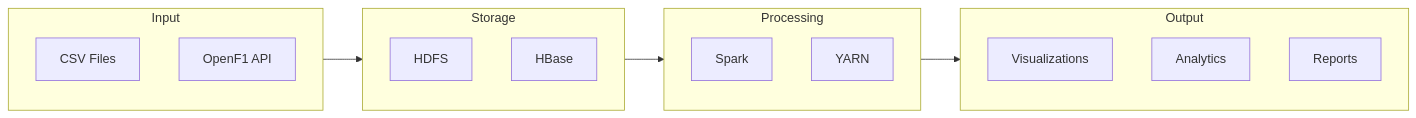
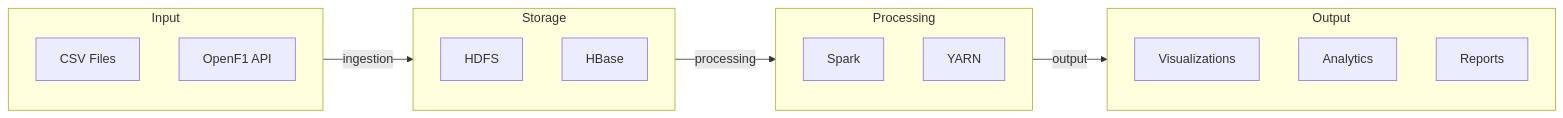
The third of 6 diagrams in docs/architecture.md (matwi5/ece-bigdata-2024-fall-gr02-Mathis-Clement), drawn with Mermaid before and after one commit. The commit also changed other lines of this file and 10 other files, not shown here.

````diff
--- a/docs/architecture.md
+++ b/docs/architecture.md
@@ -104,27 +145,27 @@
 ```mermaid
 graph LR
     subgraph Input
         CSV[CSV Files]
         API[OpenF1 API]
     end
 
     subgraph Storage
         HDFS2[HDFS]
         HB[HBase]
     end
 
     subgraph Processing
         SP[Spark]
         YN[YARN]
     end
 
     subgraph Output
         VIZ[Visualizations]
         AN[Analytics]
         RPT[Reports]
     end
 
-    Input --> Storage
-    Storage --> Processing
-    Processing --> Output
+    Input --> |ingestion| Storage
+    Storage --> |processing| Processing
+    Processing --> |output| Output
 ```
````
